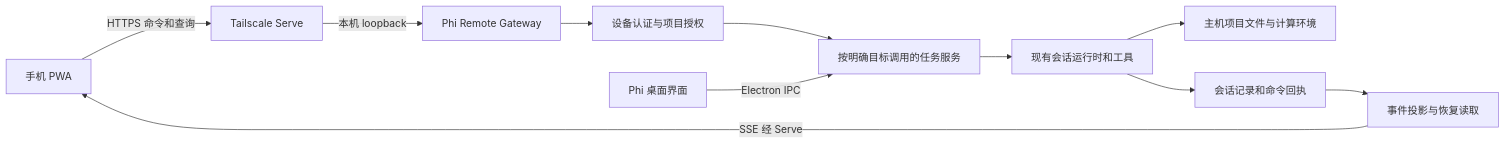
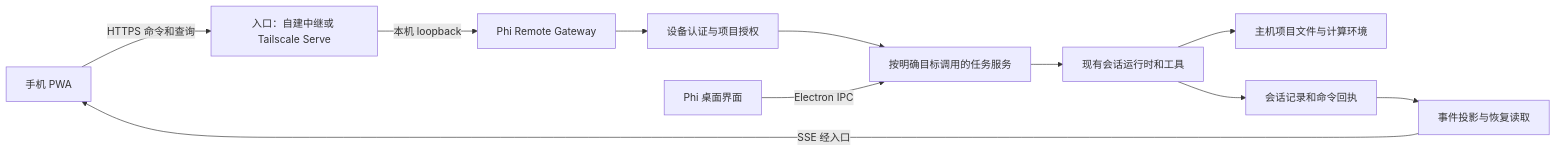
Before and after one commit to dxsbiocc/phi: the first of 3 diagrams in docs/design/phi-mobile-companion-design.md, drawn with Mermaid. The commit also changed other lines of this file and 6 other files, not shown here.

````diff
--- a/docs/design/phi-mobile-companion-design.md
+++ b/docs/design/phi-mobile-companion-design.md
@@ -55,13 +64,13 @@
 ```mermaid
 flowchart LR
-    Phone[手机 PWA] -->|HTTPS 命令和查询| Serve[Tailscale Serve]
-    Serve -->|本机 loopback| Gateway[Phi Remote Gateway]
+    Phone[手机 PWA] -->|HTTPS 命令和查询| Ingress[入口：自建中继或 Tailscale Serve]
+    Ingress -->|本机 loopback| Gateway[Phi Remote Gateway]
     Gateway --> Auth[设备认证与项目授权]
     Auth --> Commands[按明确目标调用的任务服务]
     Desktop[Phi 桌面界面] -->|Electron IPC| Commands
     Commands --> Runtime[现有会话运行时和工具]
     Runtime --> Files[主机项目文件与计算环境]
     Runtime --> Store[会话记录和命令回执]
     Store --> Events[事件投影与恢复读取]
-    Events -->|SSE 经 Serve| Phone
+    Events -->|SSE 经入口| Phone
 ```
````
